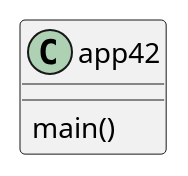
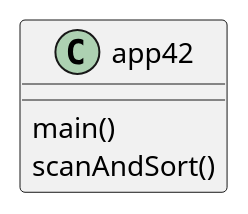
One commit to JustinGesek/gesek-cop3330-assignment3 changed the diagram in src/main/java/ex42/app42.puml. Above: the diagram before and after it, drawn with PlantUML. The commit also changed 19 other files, not shown here.

```diff
--- a/src/main/java/ex42/app42.puml
+++ b/src/main/java/ex42/app42.puml
@@ -1,8 +1,9 @@
 @startuml
 
 class app42
 {
     main()
+    scanAndSort()
 }
 
 @enduml
```
